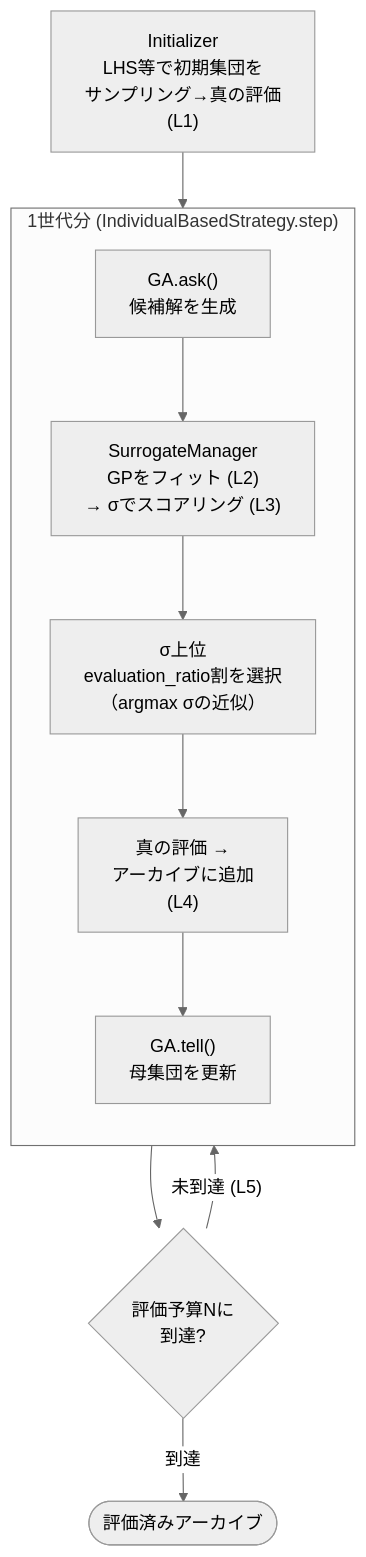
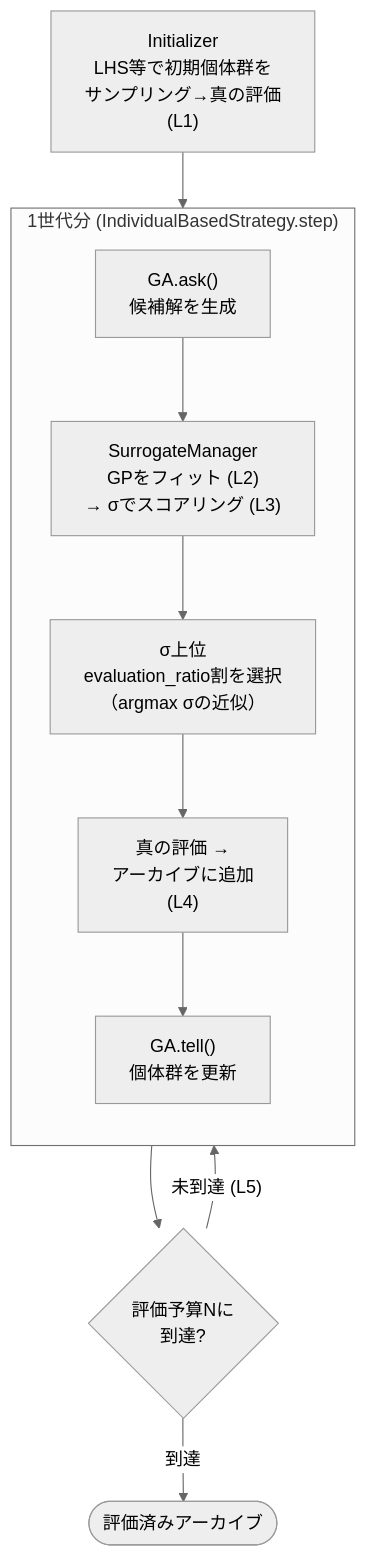
The diagram in docs/algorithms/maxunc.md (shlka/saealib), drawn with Mermaid (neutral theme) before and after one commit. The commit also changed other lines of this file and 27 other files, not shown here.

````diff
--- a/docs/algorithms/maxunc.md
+++ b/docs/algorithms/maxunc.md
@@ -85,14 +85,14 @@
 ```{mermaid}
 flowchart TD
-    INIT["Initializer<br/>LHS等で初期集団を<br/>サンプリング→真の評価<br/>(L1)"] --> ASK
+    INIT["Initializer<br/>LHS等で初期個体群を<br/>サンプリング→真の評価<br/>(L1)"] --> ASK
     subgraph GEN["1世代分 (IndividualBasedStrategy.step)"]
         direction TB
         ASK["GA.ask()<br/>候補解を生成"] --> SCORE["SurrogateManager<br/>GPをフィット (L2)<br/>→ σでスコアリング (L3)"]
         SCORE --> SORT["σ上位<br/>evaluation_ratio割を選択<br/>（argmax σの近似）"]
         SORT --> EVAL["真の評価 →<br/>アーカイブに追加<br/>(L4)"]
-        EVAL --> TELL["GA.tell()<br/>母集団を更新"]
+        EVAL --> TELL["GA.tell()<br/>個体群を更新"]
     end
     GEN --> TERM{"評価予算Nに<br/>到達?"}
     TERM -- "未到達 (L5)" --> ASK
     TERM -- "到達" --> RESULT(["評価済みアーカイブ"])
 ```
````
